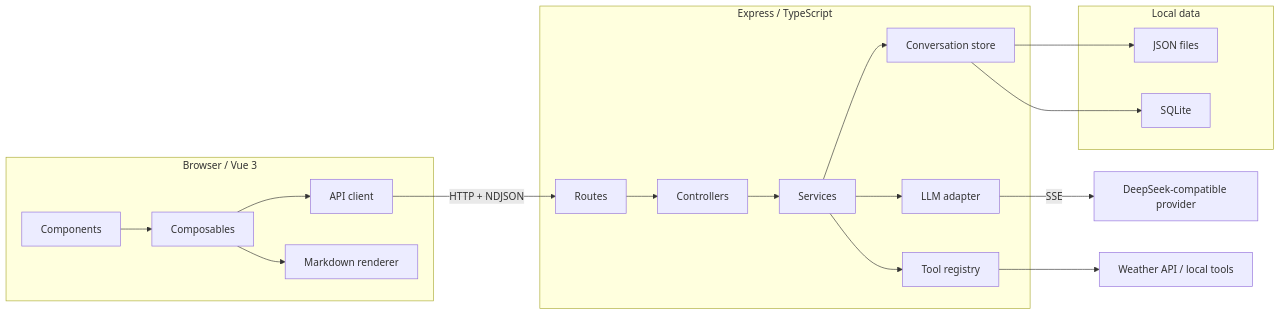
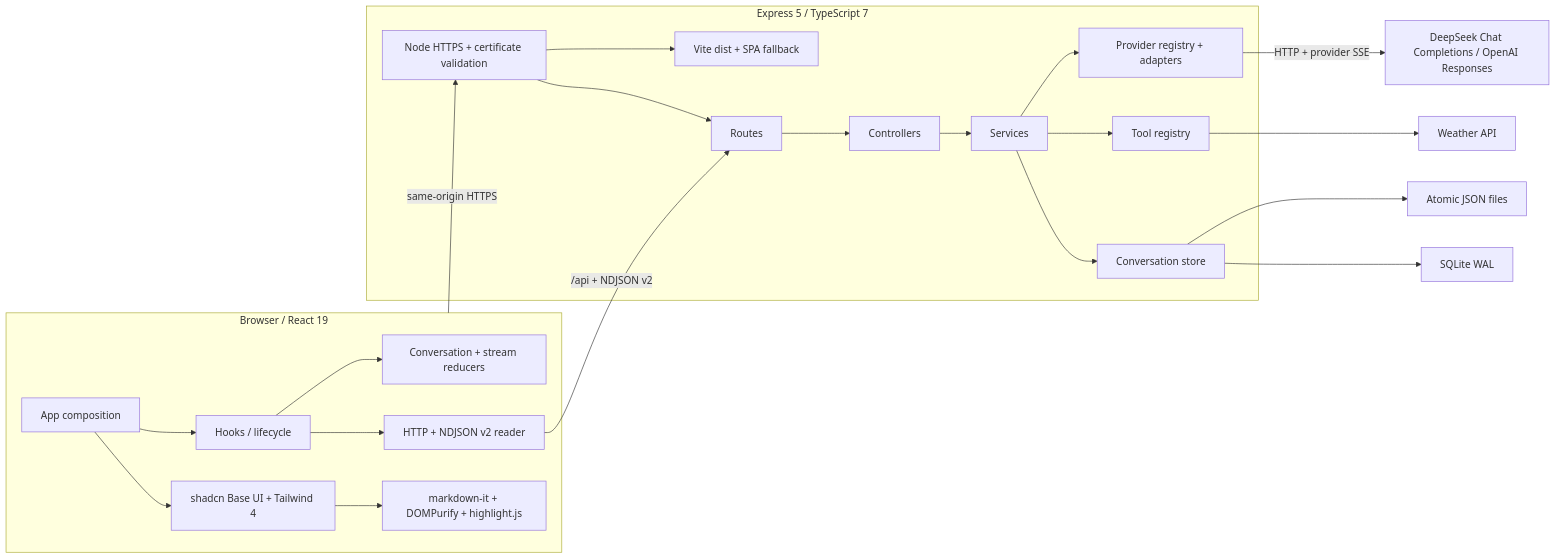
The first of 5 diagrams in docs/architecture.md (imingsmings/chatbot-dev), drawn with Mermaid before and after one commit. The commit also changed other lines of this file and 187 other files, not shown here.

First line of the commit message:
feat(app): complete React-only platform migration

````diff
--- a/docs/architecture.md
+++ b/docs/architecture.md
@@ -7,38 +7,39 @@
 ```mermaid
 flowchart LR
-  subgraph Browser["Browser / Vue 3"]
-    UI["Components"]
-    State["Composables"]
-    API["API client"]
-    Markdown["Markdown renderer"]
-    UI --> State --> API
-    State --> Markdown
+  subgraph Browser["Browser / React 19"]
+    App["App composition"]
+    UI["shadcn Base UI + Tailwind 4"]
+    Hooks["Hooks / lifecycle"]
+    Reducers["Conversation + stream reducers"]
+    ClientAPI["HTTP + NDJSON v2 reader"]
+    Markdown["markdown-it + DOMPurify + highlight.js"]
+    App --> UI
+    App --> Hooks
+    Hooks --> Reducers
+    Hooks --> ClientAPI
+    UI --> Markdown
   end
 
-  subgraph Server["Express / TypeScript"]
-    Routes["Routes"]
-    Controllers["Controllers"]
-    Services["Services"]
-    LLM["LLM adapter"]
-    Tools["Tool registry"]
-    Store["Conversation store"]
-    Routes --> Controllers --> Services
-    Services --> LLM
-    Services --> Tools
-    Services --> Store
+  subgraph Server["Express 5 / TypeScript 7"]
+    TLS["Node HTTPS + certificate validation"]
+    Static["Vite dist + SPA fallback"]
+    Routes["Routes"] --> Controllers["Controllers"] --> Services["Services"]
+    Services --> LLM["Provider registry + adapters"]
+    Services --> Tools["Tool registry"]
+    Services --> Store["Conversation store"]
+    TLS --> Static
+    TLS --> Routes
   end
 
-  subgraph LocalData["Local data"]
-    JSON["JSON files"]
-    SQLite["SQLite"]
-  end
+  Providers["DeepSeek Chat Completions / OpenAI Responses"]
+  Weather["Weather API"]
+  Files["Atomic JSON files"]
+  SQLite["SQLite WAL"]
 
-  Provider["DeepSeek-compatible provider"]
-  ExternalTools["Weather API / local tools"]
-
-  API -->|"HTTP + NDJSON"| Routes
-  LLM -->|"SSE"| Provider
-  Tools --> ExternalTools
-  Store --> JSON
+  Browser -->|"same-origin HTTPS"| TLS
+  ClientAPI -->|"/api + NDJSON v2"| Routes
+  LLM -->|"HTTP + provider SSE"| Providers
+  Tools --> Weather
+  Store --> Files
   Store --> SQLite
 ```
````
